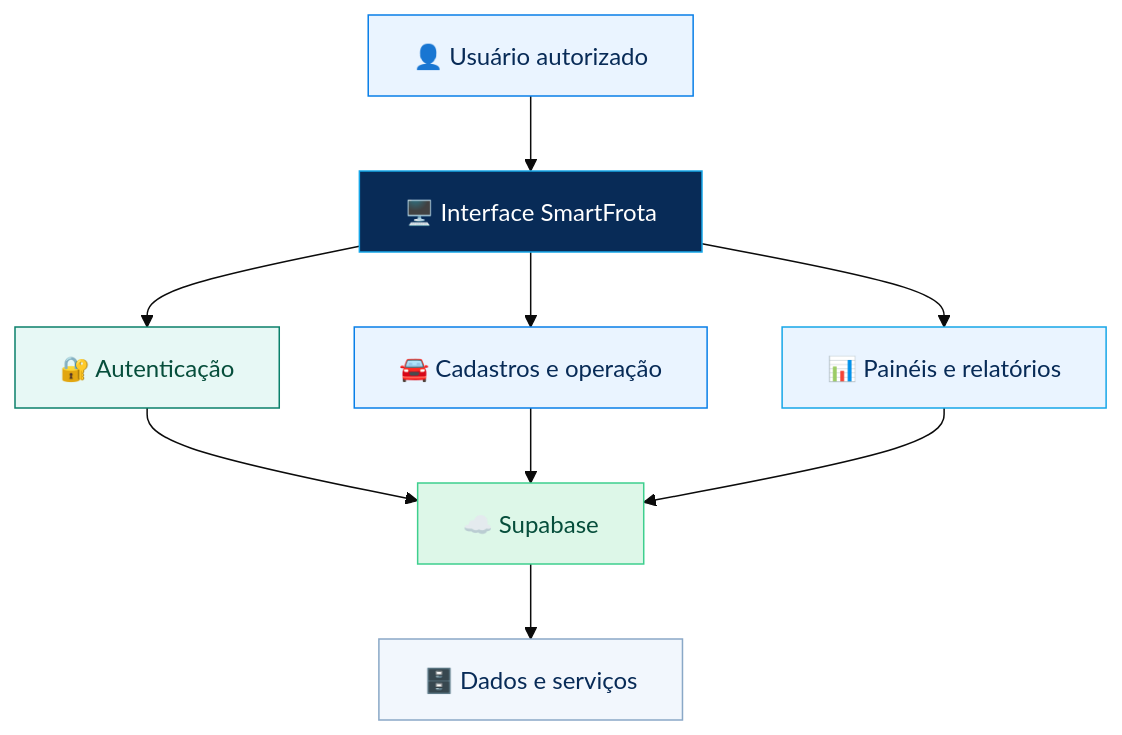
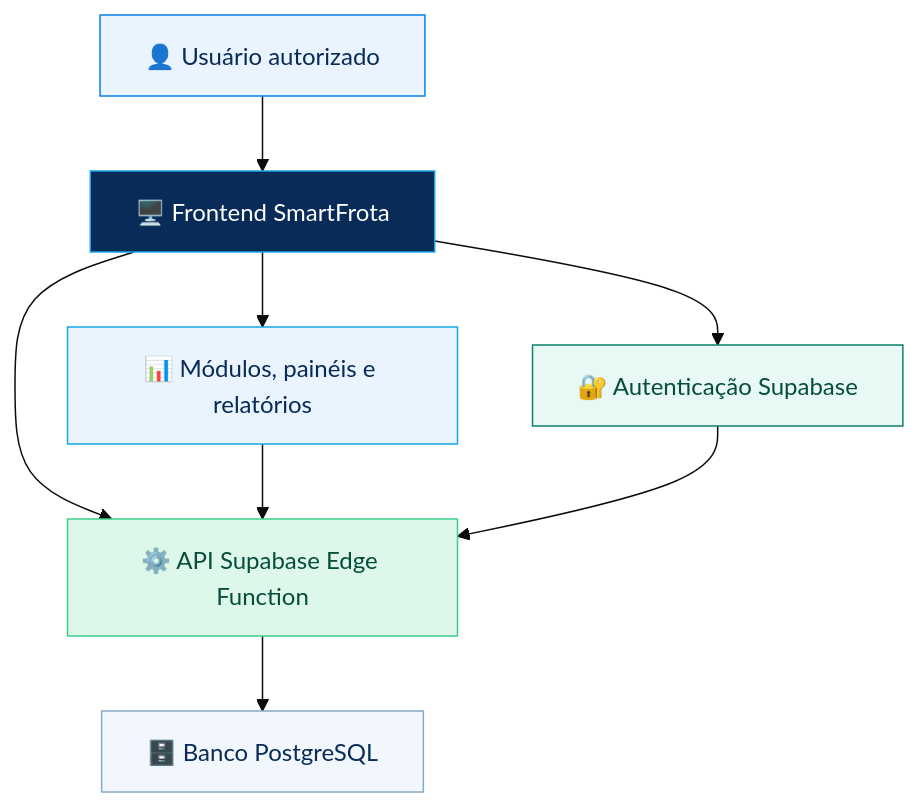
The diagram in README.md (DevKove/SmartFrota), drawn with Mermaid (base theme) before and after one commit. The commit also changed other lines of this file, not shown here.

Commit message:
docs: atualiza README com status real de validação do SmartFrota

````diff
--- a/README.md
+++ b/README.md
@@ -88,18 +106,16 @@
 ```mermaid
 flowchart TD
-    A["👤 Usuário autorizado"] --> B["🖥️ Interface SmartFrota"]
-    B --> C["🔐 Autenticação"]
-    C --> D["☁️ Supabase"]
-    B --> E["🚘 Cadastros e operação"]
-    B --> F["📊 Painéis e relatórios"]
-    D --> G["🗄️ Dados e serviços"]
-    E --> D
-    F --> D
-    style A fill:#EAF4FF,stroke:#087FE8,color:#082B57
-    style B fill:#082B57,stroke:#16A6E8,color:#FFFFFF
-    style C fill:#E7F8F5,stroke:#0B806B,color:#064E3B
-    style D fill:#DDF7E8,stroke:#3ECF8E,color:#064E3B
-    style E fill:#EAF4FF,stroke:#087FE8,color:#082B57
-    style F fill:#EAF4FF,stroke:#16A6E8,color:#082B57
-    style G fill:#F2F7FD,stroke:#8AA8C7,color:#082B57
+    U["👤 Usuário autorizado"] --> W["🖥️ Frontend SmartFrota"]
+    W --> A["🔐 Autenticação Supabase"]
+    W --> F["⚙️ API Supabase Edge Function"]
+    F --> D["🗄️ Banco PostgreSQL"]
+    W --> M["📊 Módulos, painéis e relatórios"]
+    M --> F
+    A --> F
+    style U fill:#EAF4FF,stroke:#087FE8,color:#082B57
+    style W fill:#082B57,stroke:#16A6E8,color:#FFFFFF
+    style A fill:#E7F8F5,stroke:#0B806B,color:#064E3B
+    style F fill:#DDF7E8,stroke:#3ECF8E,color:#064E3B
+    style D fill:#F2F7FD,stroke:#8AA8C7,color:#082B57
+    style M fill:#EAF4FF,stroke:#16A6E8,color:#082B57
 ```
````
